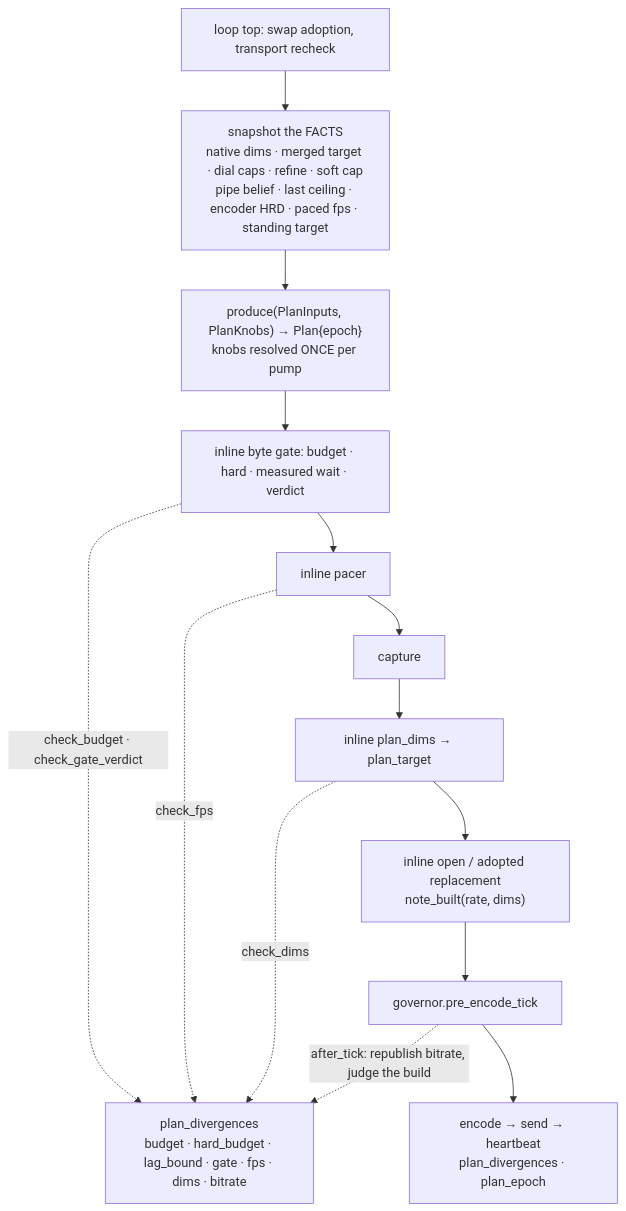
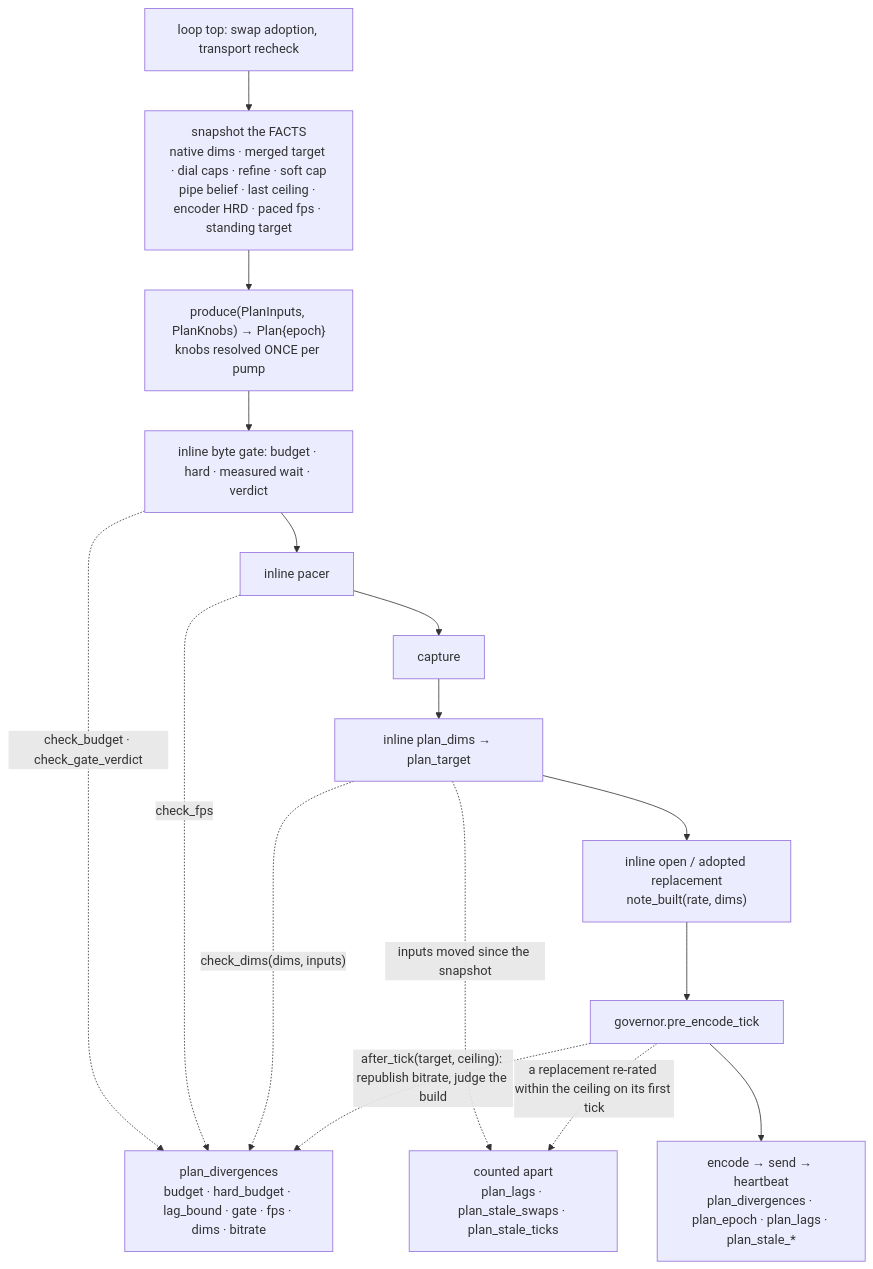
One commit to gjovanov/roomler-ai changed the fourth of 4 diagrams in docs/rate-control.md. Above: the diagram before and after it, drawn with Mermaid. The commit also changed other lines of this file and 11 other files, not shown here.

First line of the commit message:
feat(fr-70): M3a.3 — the week's lags and first-tick re-rates counted apart; the flip's open and a superseded hold fixed (#3053)

````diff
--- a/docs/rate-control.md
+++ b/docs/rate-control.md
@@ -570,16 +570,18 @@
 ```mermaid
 flowchart TD
     TOP["loop top: swap adoption, transport recheck"] --> SNAP["snapshot the FACTS<br/>native dims · merged target · dial caps · refine · soft cap<br/>pipe belief · last ceiling · encoder HRD · paced fps · standing target"]
     SNAP --> PROD["produce(PlanInputs, PlanKnobs) → Plan{epoch}<br/>knobs resolved ONCE per pump"]
     PROD --> GATE["inline byte gate: budget · hard · measured wait · verdict"]
     GATE -. "check_budget · check_gate_verdict" .-> CNT["plan_divergences<br/>budget · hard_budget · lag_bound · gate · fps · dims · bitrate"]
     GATE --> PACE["inline pacer"]
     PACE -. "check_fps" .-> CNT
     PACE --> CAP["capture"]
     CAP --> DIMS["inline plan_dims → plan_target"]
-    DIMS -. "check_dims" .-> CNT
+    DIMS -. "check_dims(dims, inputs)" .-> CNT
+    DIMS -. "inputs moved since the snapshot" .-> APART["counted apart<br/>plan_lags · plan_stale_swaps · plan_stale_ticks"]
     DIMS --> BUILD["inline open / adopted replacement<br/>note_built(rate, dims)"]
     BUILD --> TICK["governor.pre_encode_tick"]
-    TICK -. "after_tick: republish bitrate, judge the build" .-> CNT
-    TICK --> OUT["encode → send → heartbeat<br/>plan_divergences · plan_epoch"]
+    TICK -. "after_tick(target, ceiling): republish bitrate, judge the build" .-> CNT
+    TICK -. "a replacement re-rated within the ceiling on its first tick" .-> APART
+    TICK --> OUT["encode → send → heartbeat<br/>plan_divergences · plan_epoch · plan_lags · plan_stale_*"]
 ```
````
